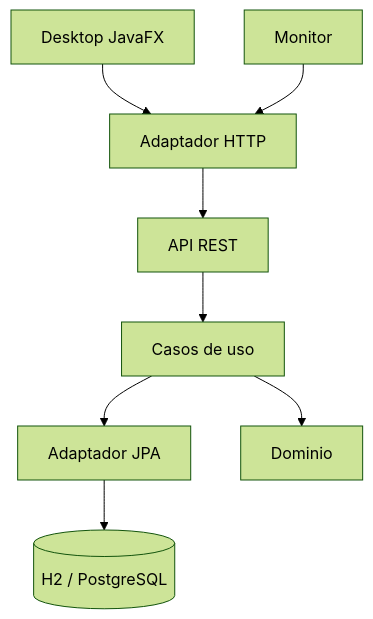
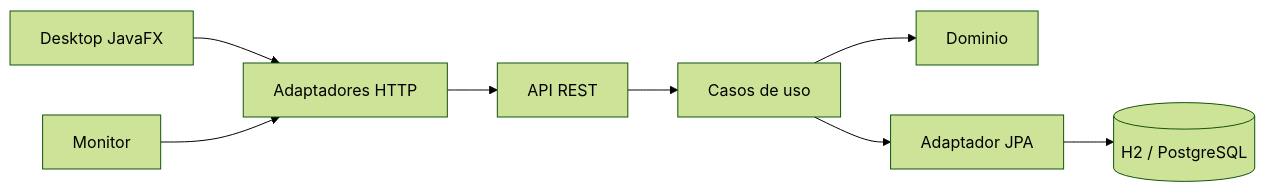
Before and after one commit to RengiCodeMaster/cacaoselva: the diagram in README.md, drawn with Mermaid (forest theme). The commit also changed other lines of this file and 4 other files, not shown here.

````diff
--- a/README.md
+++ b/README.md
@@ -57,21 +69,10 @@
 ```mermaid
-flowchart TB
-    API["API REST"]
-    DESKTOP["Desktop JavaFX"]
-    MONITOR["Monitor"]
-
-    HTTP["Adaptador HTTP"]
-    JPA["Adaptador JPA"]
-    APP["Casos de uso"]
-    DOMAIN["Dominio"]
-    DB[(H2 / PostgreSQL)]
-
-    DESKTOP --> HTTP
-    MONITOR --> HTTP
-    HTTP --> API
-    API --> APP
-    APP --> JPA
-    JPA --> DB
-
-    APP --> DOMAIN
+flowchart LR
+    Desktop[Desktop JavaFX] --> HTTP[Adaptadores HTTP]
+    Monitor[Monitor] --> HTTP
+    HTTP --> API[API REST]
+    API --> App[Casos de uso]
+    App --> Domain[Dominio]
+    App --> JPA[Adaptador JPA]
+    JPA --> DB[(H2 / PostgreSQL)]
 ```
````
